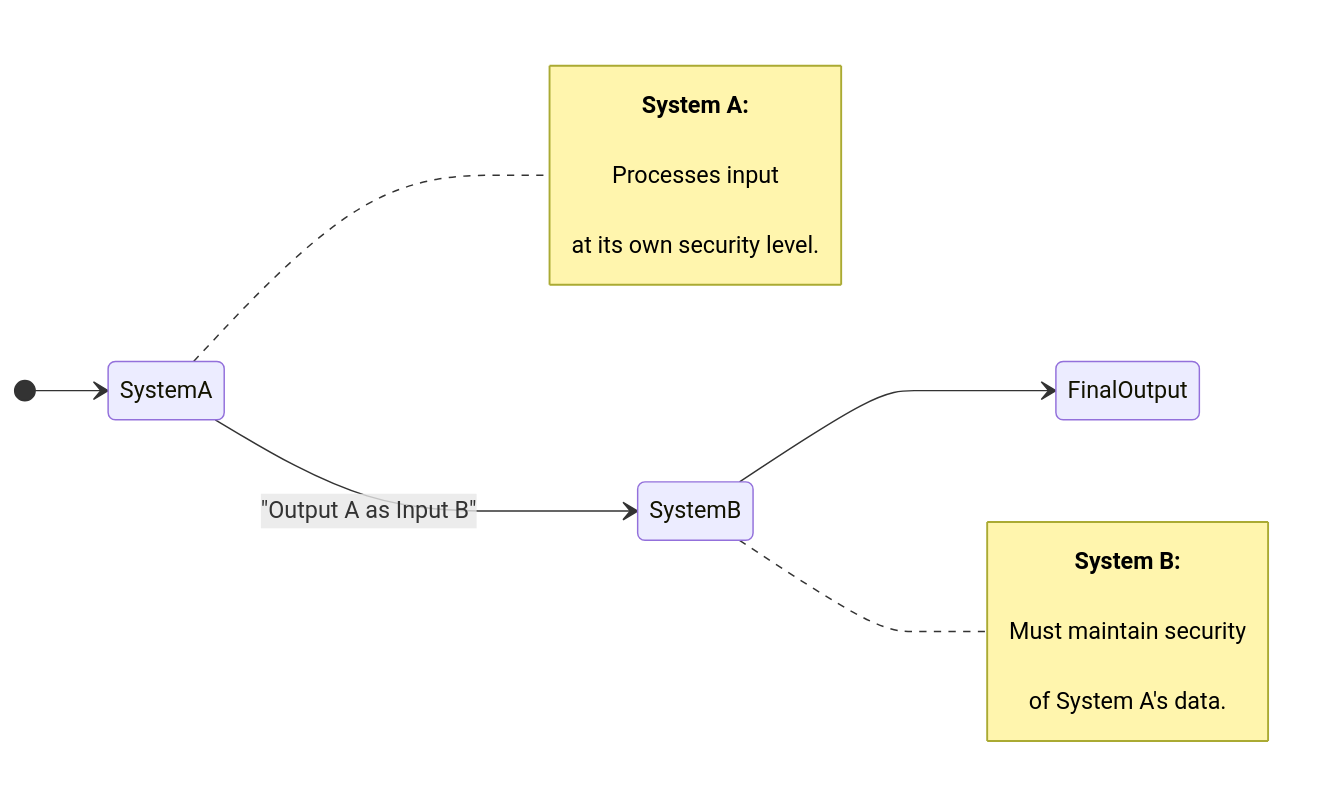
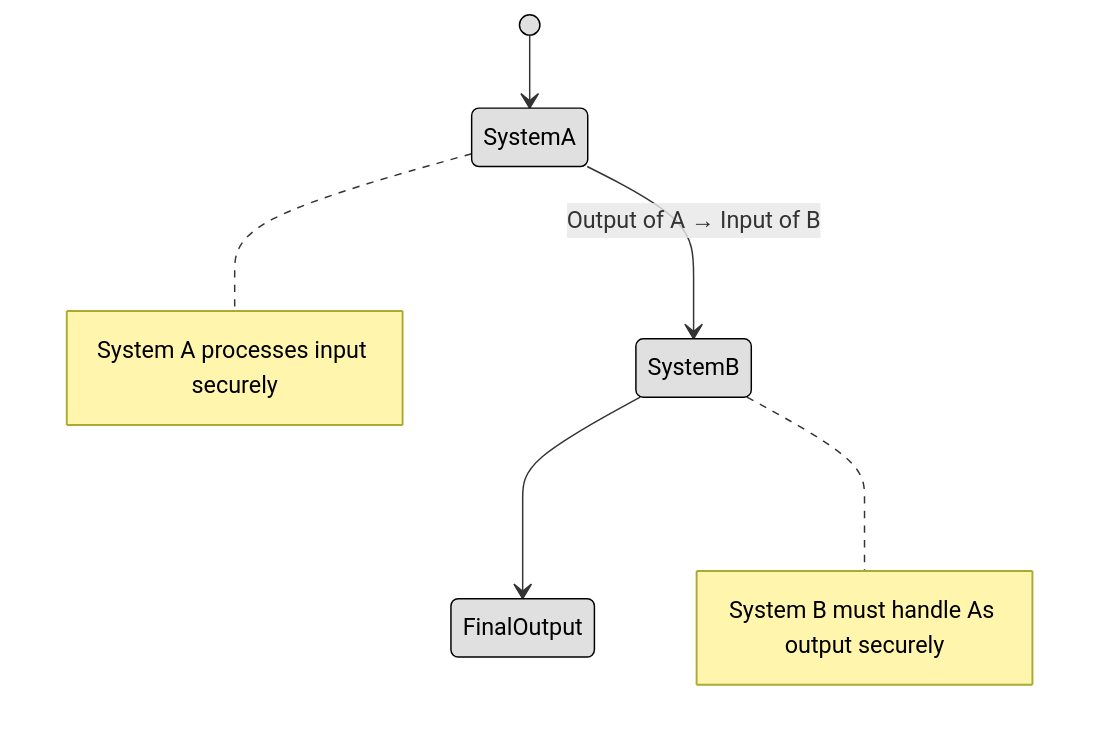
Before and after one commit to lorenzoleonelli/CISSP-Zero-to-Hero: the second of 15 diagrams in DOMAIN3: Security Architecture and Engineering/3.02 Understand the fundamental concepts of security models (e.g. Biba, Star Model, Bell Lapadula).md, drawn with Mermaid. The commit also changed other lines of this file, not shown here.

Commit message:
Update 3.02 Understand the fundamental concepts of security models (e.g. Biba, Star Model, Bell Lapadula).md

````diff
--- a/DOMAIN3: Security Architecture and Engineering/3.02 Understand the fundamental concepts of security models (e.g. Biba, Star Model, Bell Lapadula).md
+++ b/DOMAIN3: Security Architecture and Engineering/3.02 Understand the fundamental concepts of security models (e.g. Biba, Star Model, Bell Lapadula).md
@@ -43,20 +37,17 @@
 ```mermaid
 stateDiagram-v2
-    direction LR
-
     [*] --> SystemA
-    SystemA --> SystemB : "Output A as Input B"
+    SystemA --> SystemB : Output of A → Input of B
     SystemB --> FinalOutput
 
     note right of SystemA
-        <b>System A:</b>
-        <br/>Processes input
-        <br/>at its own security level.
+      System A processes input securely
     end note
 
     note right of SystemB
-        <b>System B:</b>
-        <br/>Must maintain security
-        <br/>of System A's data.
+      System B must handle As output securely
     end note
+
+    classDef center fill:#ffffff,color:#000000,stroke:#000000,stroke-width:1px,font-weight:bold
+    classDef node fill:#e0e0e0,color:#000000,stroke:#000000,stroke-width:1px
 ```
````
